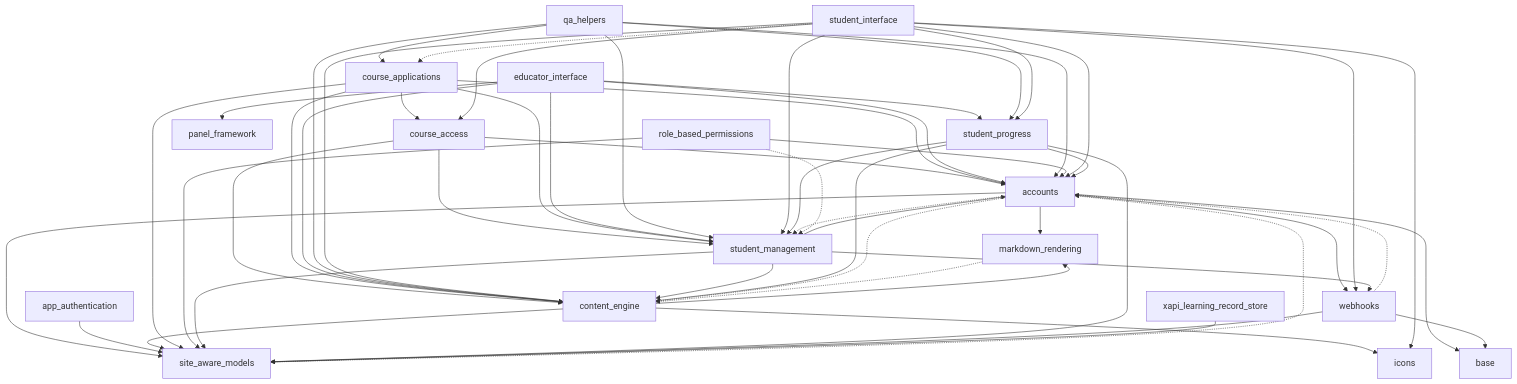
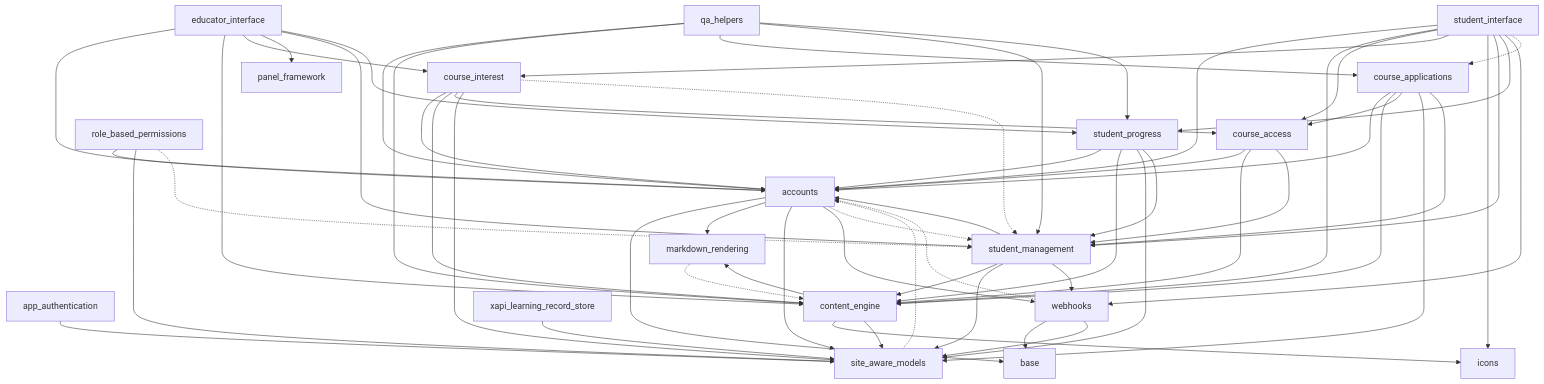
Before and after one commit to preludetech/Freedom-LS: the diagram in docs/app_structure.md, drawn with Mermaid. The commit also changed other lines of this file and 8 other files, not shown here.

````diff
--- a/docs/app_structure.md
+++ b/docs/app_structure.md
@@ -13,74 +13,81 @@
 ```mermaid
 flowchart TB
     accounts
     app_authentication
     base
     content_engine
     course_access
     course_applications
+    course_interest
     educator_interface
     icons
     markdown_rendering
     panel_framework
     qa_helpers
     role_based_permissions
     site_aware_models
     student_interface
     student_management
     student_progress
     webhooks
     xapi_learning_record_store
     accounts --> base
     accounts --> markdown_rendering
     accounts --> site_aware_models
     accounts --> webhooks
     app_authentication --> site_aware_models
     content_engine --> icons
     content_engine --> markdown_rendering
     content_engine --> site_aware_models
     course_access --> accounts
     course_access --> content_engine
     course_access --> student_management
     course_applications --> accounts
     course_applications --> content_engine
     course_applications --> course_access
     course_applications --> site_aware_models
     course_applications --> student_management
+    course_interest --> accounts
+    course_interest --> content_engine
+    course_interest --> course_access
+    course_interest --> site_aware_models
     educator_interface --> accounts
     educator_interface --> content_engine
+    educator_interface --> course_interest
     educator_interface --> panel_framework
     educator_interface --> student_management
     educator_interface --> student_progress
     qa_helpers --> accounts
     qa_helpers --> content_engine
     qa_helpers --> course_applications
     qa_helpers --> student_management
     qa_helpers --> student_progress
     role_based_permissions --> accounts
     role_based_permissions --> site_aware_models
     student_interface --> accounts
     student_interface --> content_engine
     student_interface --> course_access
+    student_interface --> course_interest
     student_interface --> icons
     student_interface --> student_management
     student_interface --> student_progress
     student_interface --> webhooks
     student_management --> accounts
     student_management --> content_engine
     student_management --> site_aware_models
     student_management --> webhooks
     student_progress --> accounts
     student_progress --> content_engine
     student_progress --> site_aware_models
     student_progress --> student_management
     webhooks --> base
     webhooks --> site_aware_models
     xapi_learning_record_store --> site_aware_models
-    accounts -.-> content_engine
     accounts -.-> student_management
+    course_interest -.-> student_management
     markdown_rendering -.-> content_engine
     role_based_permissions -.-> student_management
     site_aware_models -.-> accounts
     student_interface -.-> course_applications
     webhooks -.-> accounts
 ```
````
